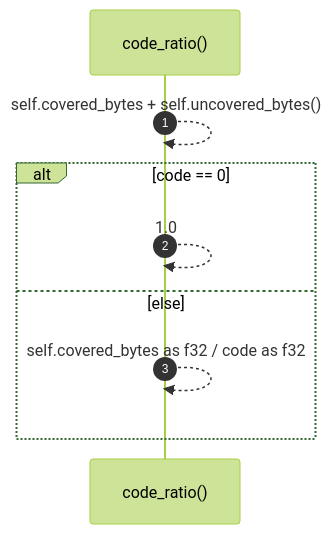
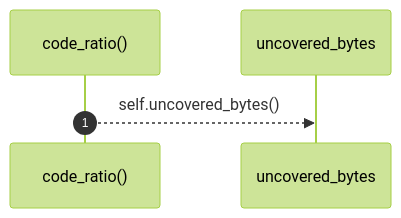
One commit to RyanGuild/self-describing-code changed the fourth of 5 diagrams in docs/self-model/robby_ir/coverage/impl-filecoverage.md. Above: the diagram before and after it, drawn with Mermaid (forest theme). The commit also changed other lines of this file and 1404 other files, not shown here.

````diff
--- a/docs/self-model/robby_ir/coverage/impl-filecoverage.md
+++ b/docs/self-model/robby_ir/coverage/impl-filecoverage.md
@@ -188,11 +217,7 @@
 ```mermaid
 sequenceDiagram
     autonumber
     participant code_ratio as code_ratio()
-    code_ratio-->>code_ratio: self.covered_bytes + self.uncovered_bytes()
-    alt code == 0
-    code_ratio-->>code_ratio: 1.0
-    else else
-    code_ratio-->>code_ratio: self.covered_bytes as f32 / code as f32
-    end
+    participant uncovered_bytes as uncovered_bytes
+    code_ratio-->>uncovered_bytes: self.uncovered_bytes()
 ```
````
